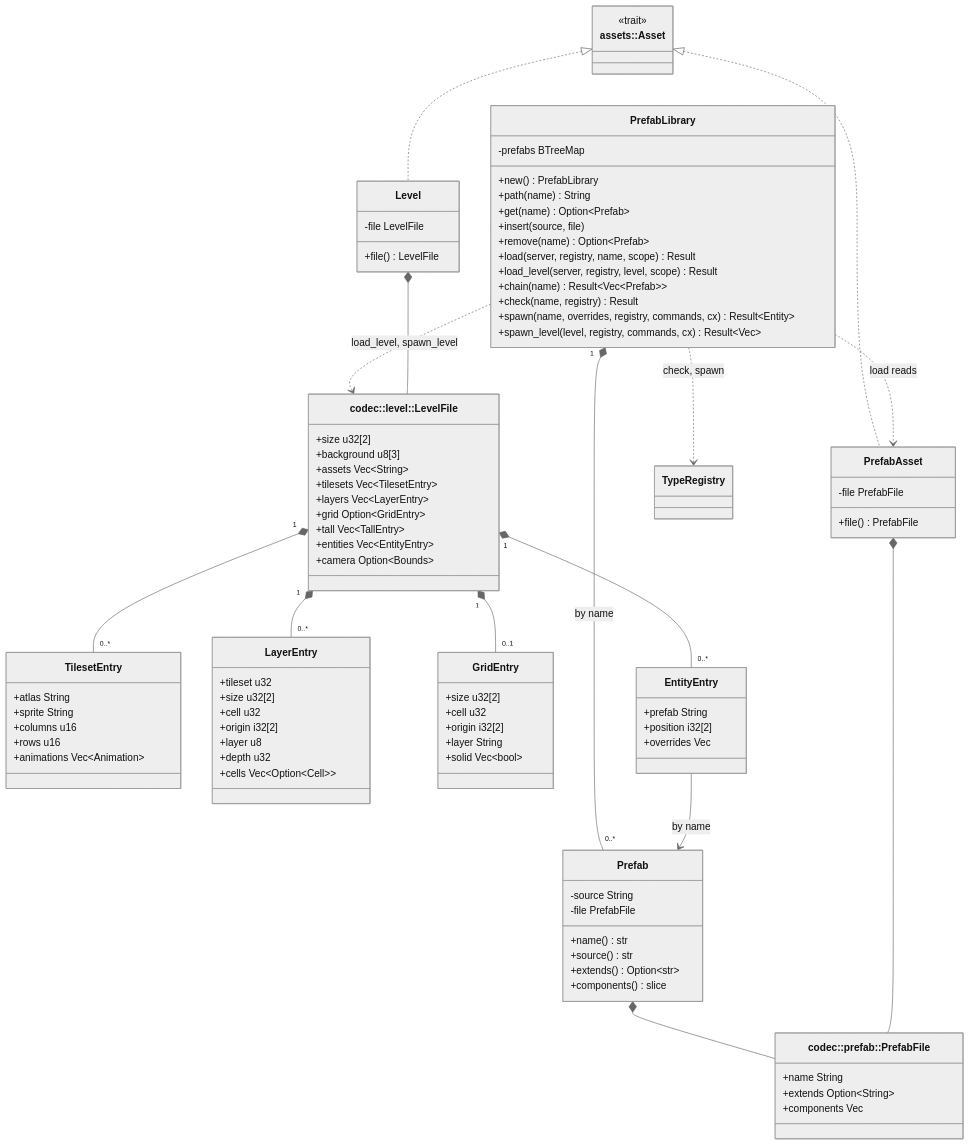
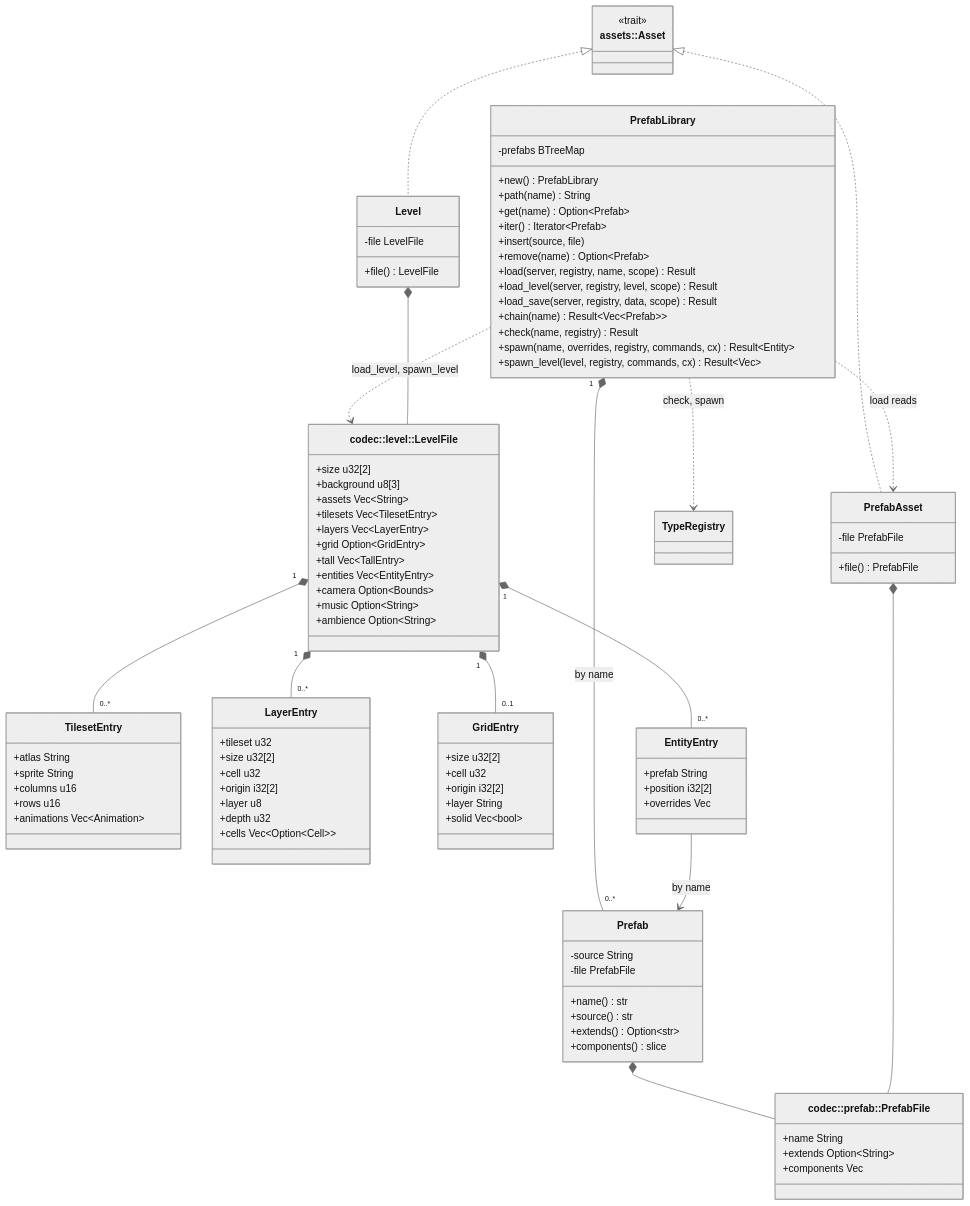
One commit to jabbott-iii/Nadir changed diagram 12 of 37 in diagrams/class-diagram.md. Above: the diagram before and after it, drawn with Mermaid (neutral theme). The commit also changed other lines of this file and 38 other files, not shown here.

```diff
--- a/diagrams/class-diagram.md
+++ b/diagrams/class-diagram.md
@@ -941,10 +952,12 @@
         +new() PrefabLibrary
         +path(name) String
         +get(name) Option~Prefab~
+        +iter() Iterator~Prefab~
         +insert(source, file)
         +remove(name) Option~Prefab~
         +load(server, registry, name, scope) Result
         +load_level(server, registry, level, scope) Result
+        +load_save(server, registry, data, scope) Result
         +chain(name) Result~Vec~Prefab~~
         +check(name, registry) Result
         +spawn(name, overrides, registry, commands, cx) Result~Entity~
@@ -981,6 +994,8 @@
         +tall Vec~TallEntry~
         +entities Vec~EntityEntry~
         +camera Option~Bounds~
+        +music Option~String~
+        +ambience Option~String~
     }
     class TilesetEntry {
         +atlas String
```
